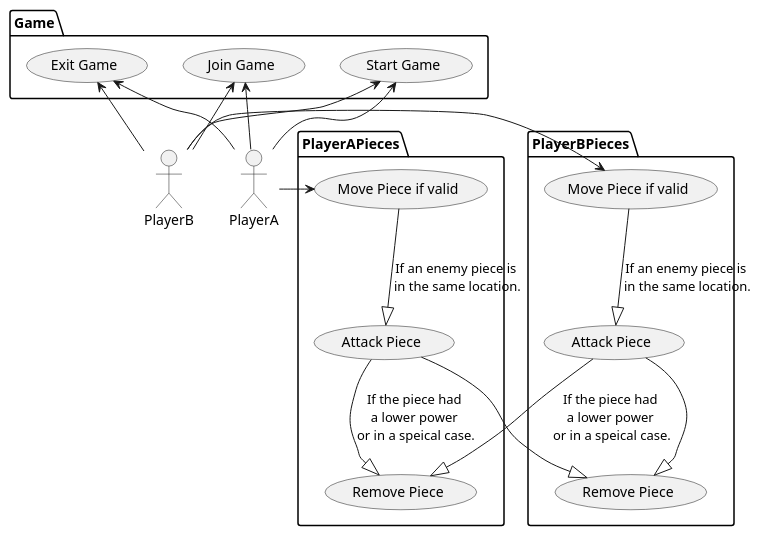
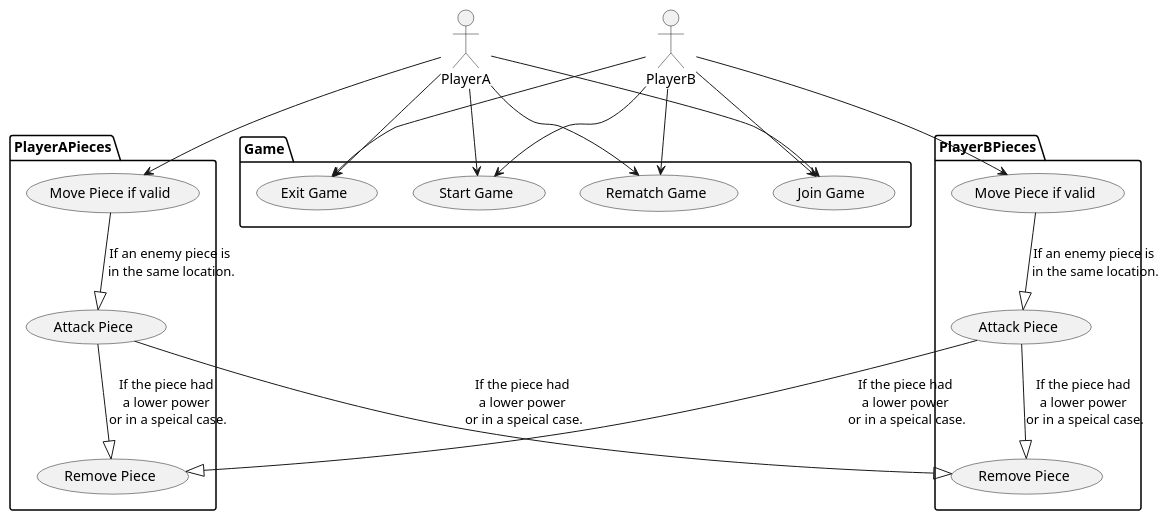
Before and after one commit to jorbDehmel/OOP-final-project: the diagram in 4+1_view/scenarios.plantuml, drawn with PlantUML.

```diff
--- a/4+1_view/scenarios.plantuml
+++ b/4+1_view/scenarios.plantuml
@@ -2,43 +2,46 @@
 @startuml scenarios
 
 actor PlayerA
 
 package PlayerAPieces{
   usecase "Move Piece if valid" as UCA1
   usecase "Attack Piece" as UCA2
   usecase "Remove Piece" as UCA3
 }
 
 package Game{
   usecase "Start Game" as Start
   usecase "Join Game" as Join
   usecase "Exit Game" as Exit
+  usecase "Rematch Game" as Rematch
 }
 
 package PlayerBPieces{
   usecase "Move Piece if valid" as UCB1
   usecase "Attack Piece" as UCB2
   usecase "Remove Piece" as UCB3
 }
 
 actor PlayerB
 
-PlayerA -right-> UCA1
-PlayerB -left-> UCB1
+PlayerA --> UCA1
+PlayerB --> UCB1
 
 UCA1 --|> UCA2 : If an enemy piece is \nin the same location.
 UCB1 --|> UCB2 : If an enemy piece is \nin the same location.
 
 UCB2 --|> UCA3 : If the piece had \na lower power \nor in a speical case.
-UCB2 --|> UCB3 
-UCA2 --|> UCB3 
+UCB2 --|> UCB3 : If the piece had \na lower power \nor in a speical case.
+UCA2 --|> UCB3 : If the piece had \na lower power \nor in a speical case.
 UCA2 --|> UCA3 : If the piece had \na lower power \nor in a speical case.
 
-PlayerA -up-> Start
-PlayerA -up-> Join
-PlayerA -up-> Exit
-PlayerB -up-> Start
-PlayerB -up-> Join
-PlayerB -up-> Exit
+PlayerA --> Start
+PlayerA --> Join
+PlayerA --> Exit
+PlayerA --> Rematch
+PlayerB --> Start
+PlayerB --> Join
+PlayerB --> Exit
+PlayerB --> Rematch
 
 @enduml
```
